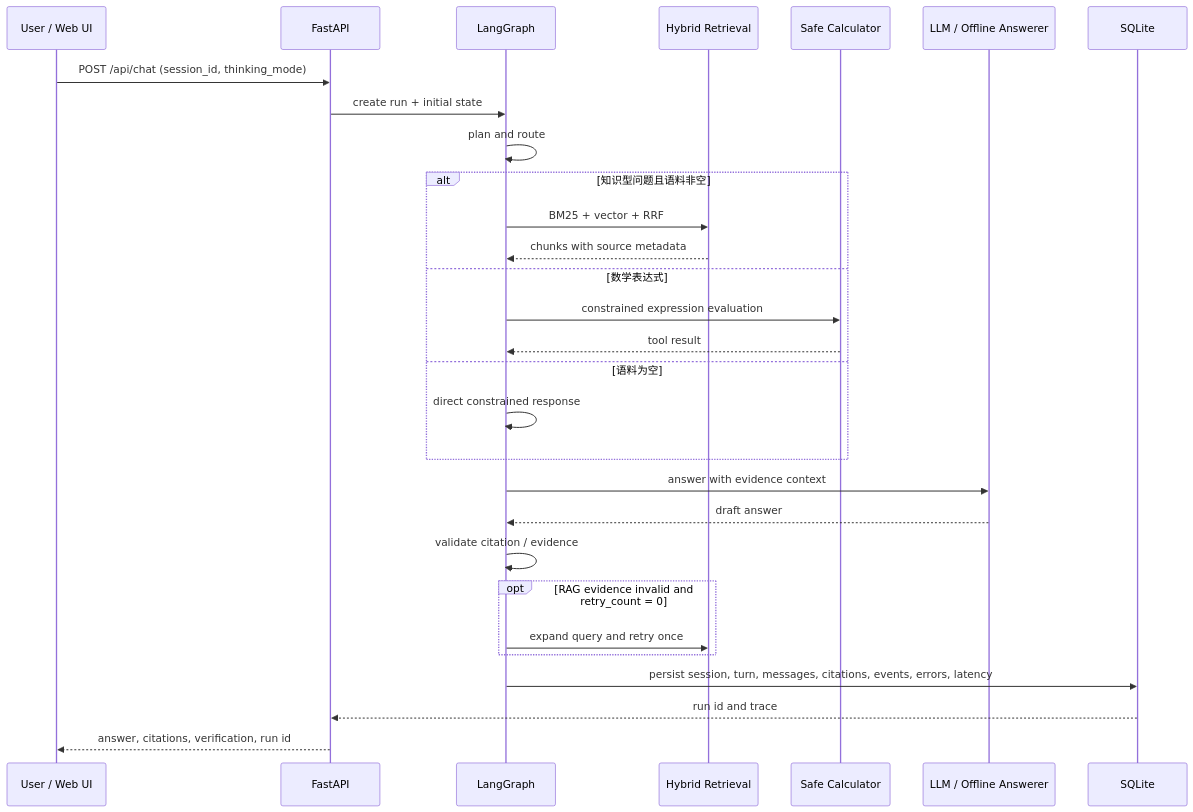
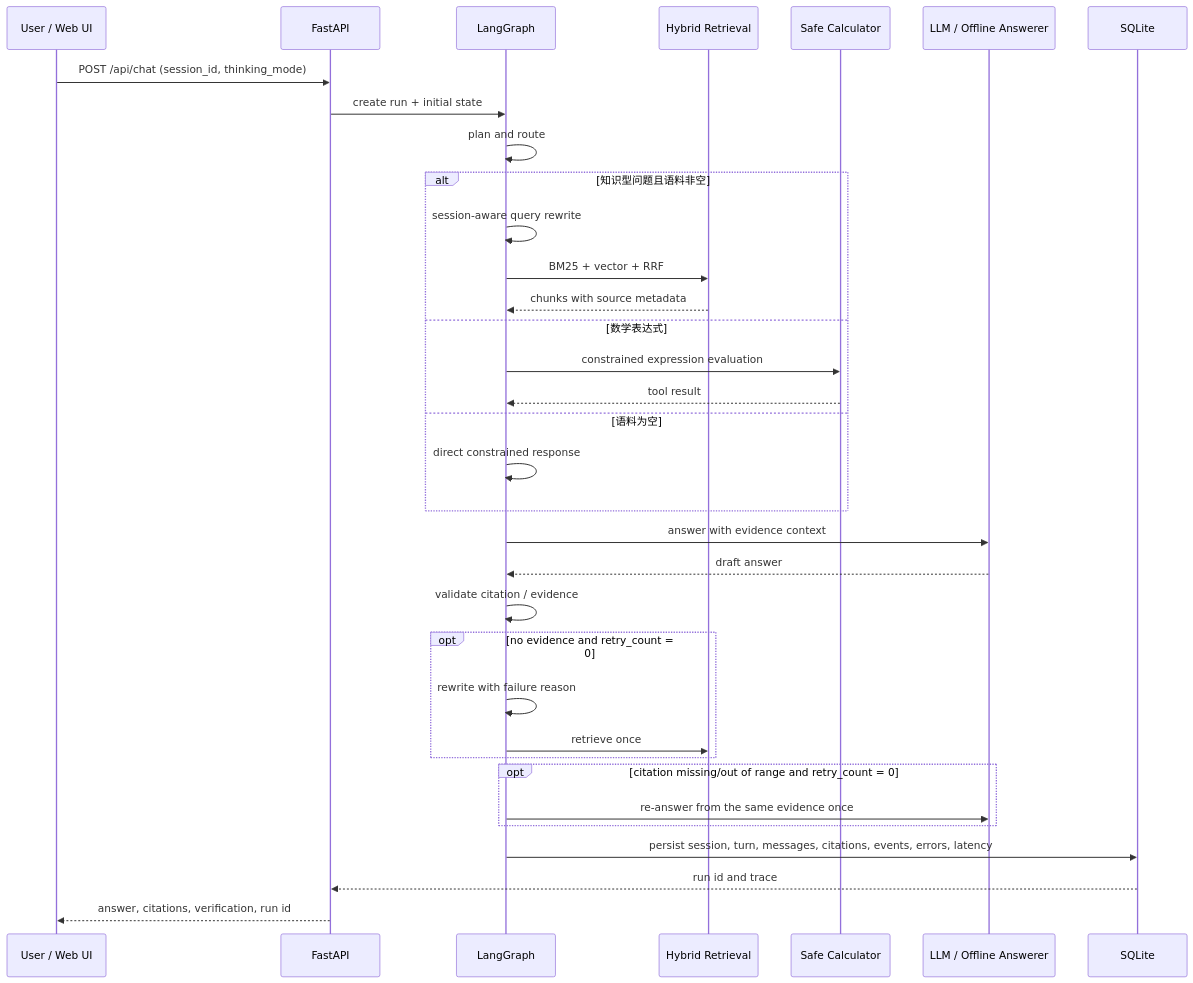
Before and after one commit to francis3253161180-maker/researchflow-agent: the first of 2 diagrams in docs/architecture-and-decisions.md, drawn with Mermaid. The commit also changed other lines of this file and 18 other files, not shown here.

Commit message:
feat: add query rewrite and structured verification

````diff
--- a/docs/architecture-and-decisions.md
+++ b/docs/architecture-and-decisions.md
@@ -29,32 +29,37 @@
 ```mermaid
 sequenceDiagram
     participant U as User / Web UI
     participant A as FastAPI
     participant G as LangGraph
     participant R as Hybrid Retrieval
     participant T as Safe Calculator
     participant L as LLM / Offline Answerer
     participant D as SQLite
 
     U->>A: POST /api/chat (session_id, thinking_mode)
     A->>G: create run + initial state
     G->>G: plan and route
     alt 知识型问题且语料非空
+        G->>G: session-aware query rewrite
         G->>R: BM25 + vector + RRF
         R-->>G: chunks with source metadata
     else 数学表达式
         G->>T: constrained expression evaluation
         T-->>G: tool result
     else 语料为空
         G->>G: direct constrained response
     end
     G->>L: answer with evidence context
     L-->>G: draft answer
     G->>G: validate citation / evidence
-    opt RAG evidence invalid and retry_count = 0
-        G->>R: expand query and retry once
+    opt no evidence and retry_count = 0
+        G->>G: rewrite with failure reason
+        G->>R: retrieve once
+    end
+    opt citation missing/out of range and retry_count = 0
+        G->>L: re-answer from the same evidence once
     end
     G->>D: persist session, turn, messages, citations, events, errors, latency
     D-->>A: run id and trace
     A-->>U: answer, citations, verification, run id
 ```
````
